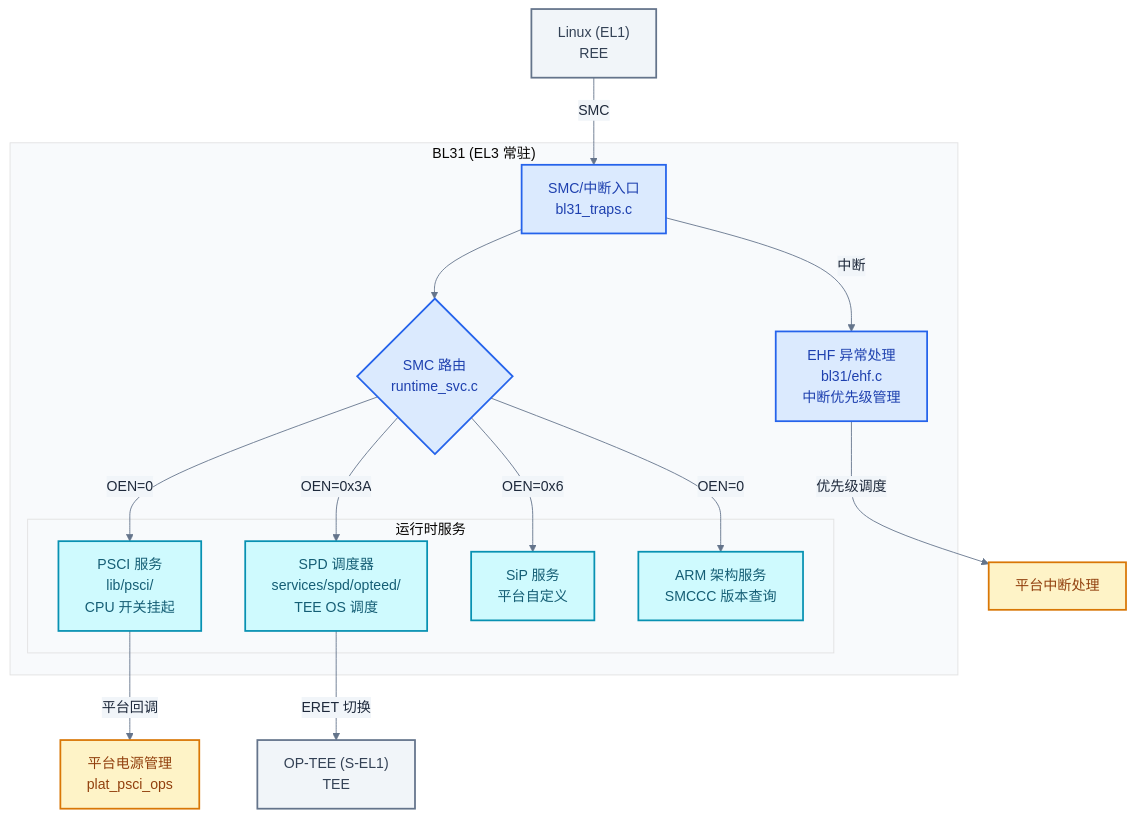
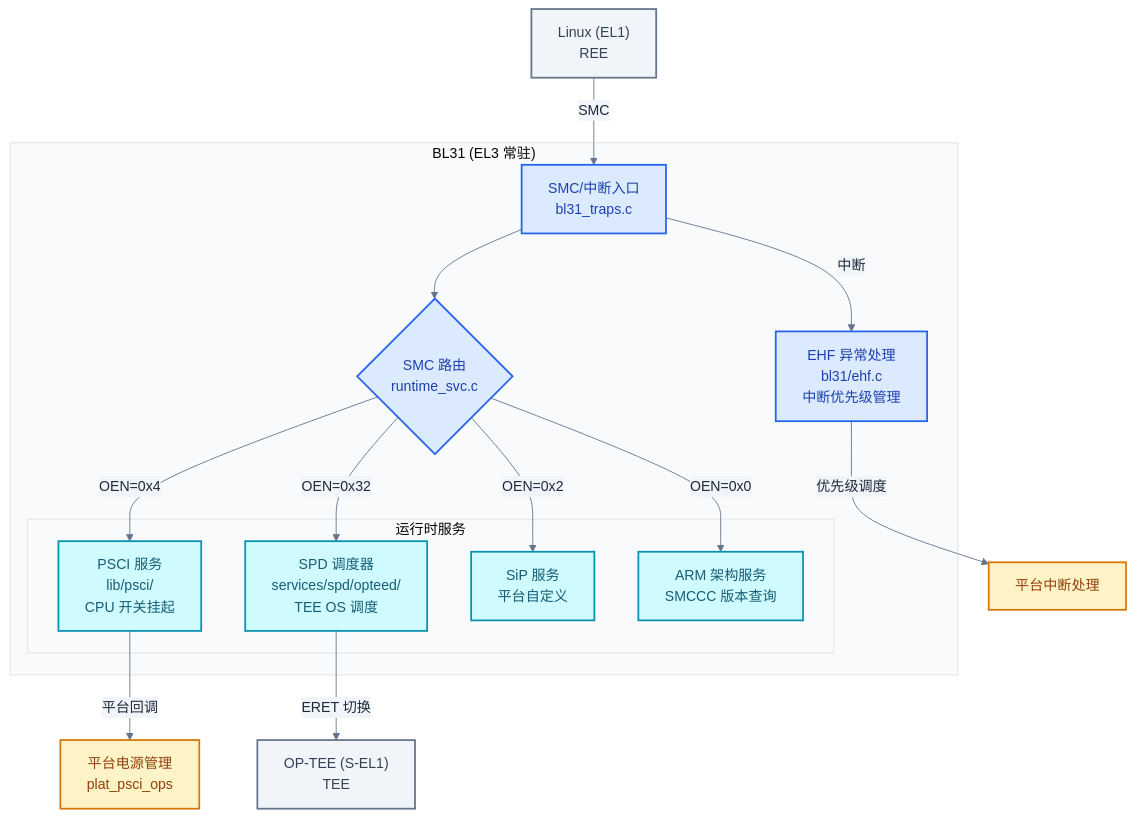
Before and after one commit to swjtuer326/cs-learning-notes: the third of 3 diagrams in trusted-firmware/05-tf-a-bl31-secure-monitor.md, drawn with Mermaid. The commit also changed other lines of this file and 14 other files, not shown here.

First line of the commit message:
docs(trusted-firmware): 审订 TF-A/TEE/Secure Boot 笔记,补充图片、审计报告与 HTML 站点

````diff
--- a/trusted-firmware/05-tf-a-bl31-secure-monitor.md
+++ b/trusted-firmware/05-tf-a-bl31-secure-monitor.md
@@ -693,37 +716,37 @@
 ```mermaid
 %%{init: {"theme": "base", "themeVariables": {"primaryColor": "#f8fafc", "primaryTextColor": "#1e293b", "primaryBorderColor": "#475569", "lineColor": "#64748b", "secondaryColor": "#f1f5f9", "secondaryBorderColor": "#94a3b8", "tertiaryColor": "#f8fafc", "fontFamily": "\"trebuchet ms\", verdana, arial, sans-serif"}}}%%
 flowchart TD
     subgraph "BL31 (EL3 常驻)"
         Entry["SMC/中断入口<br/>bl31_traps.c"]
         Router{"SMC 路由<br/>runtime_svc.c"}
 
         subgraph "运行时服务"
             PSCI["PSCI 服务<br/>lib/psci/<br/>CPU 开关挂起"]
             SPD["SPD 调度器<br/>services/spd/opteed/<br/>TEE OS 调度"]
             SiP["SiP 服务<br/>平台自定义"]
             ArchSvc["ARM 架构服务<br/>SMCCC 版本查询"]
         end
 
         EHF["EHF 异常处理<br/>bl31/ehf.c<br/>中断优先级管理"]
     end
 
     Linux["Linux (EL1)<br/>REE"] -->|SMC| Entry
     Entry --> Router
-    Router -->|OEN=0| PSCI
-    Router -->|OEN=0x3A| SPD
-    Router -->|OEN=0x6| SiP
-    Router -->|OEN=0| ArchSvc
+    Router -->|OEN=0x4| PSCI
+    Router -->|OEN=0x32| SPD
+    Router -->|OEN=0x2| SiP
+    Router -->|OEN=0x0| ArchSvc
     PSCI -->|平台回调| PlatPM["平台电源管理<br/>plat_psci_ops"]
     SPD -->|ERET 切换| OPTEE["OP-TEE (S-EL1)<br/>TEE"]
     Entry -->|中断| EHF
     EHF -->|优先级调度| PlatIS["平台中断处理"]
 
     classDef bl31 fill:#dbeafe,stroke:#2563eb,color:#1e40af,stroke-width:2px
     classDef service fill:#cffafe,stroke:#0891b2,color:#155e75,stroke-width:2px
     classDef world fill:#f1f5f9,stroke:#64748b,color:#334155,stroke-width:2px
     classDef plat fill:#fef3c7,stroke:#d97706,color:#92400e,stroke-width:2px
     class Entry,Router,EHF bl31
     class PSCI,SPD,SiP,ArchSvc service
     class Linux,OPTEE world
     class PlatPM,PlatIS plat
 ```
````
